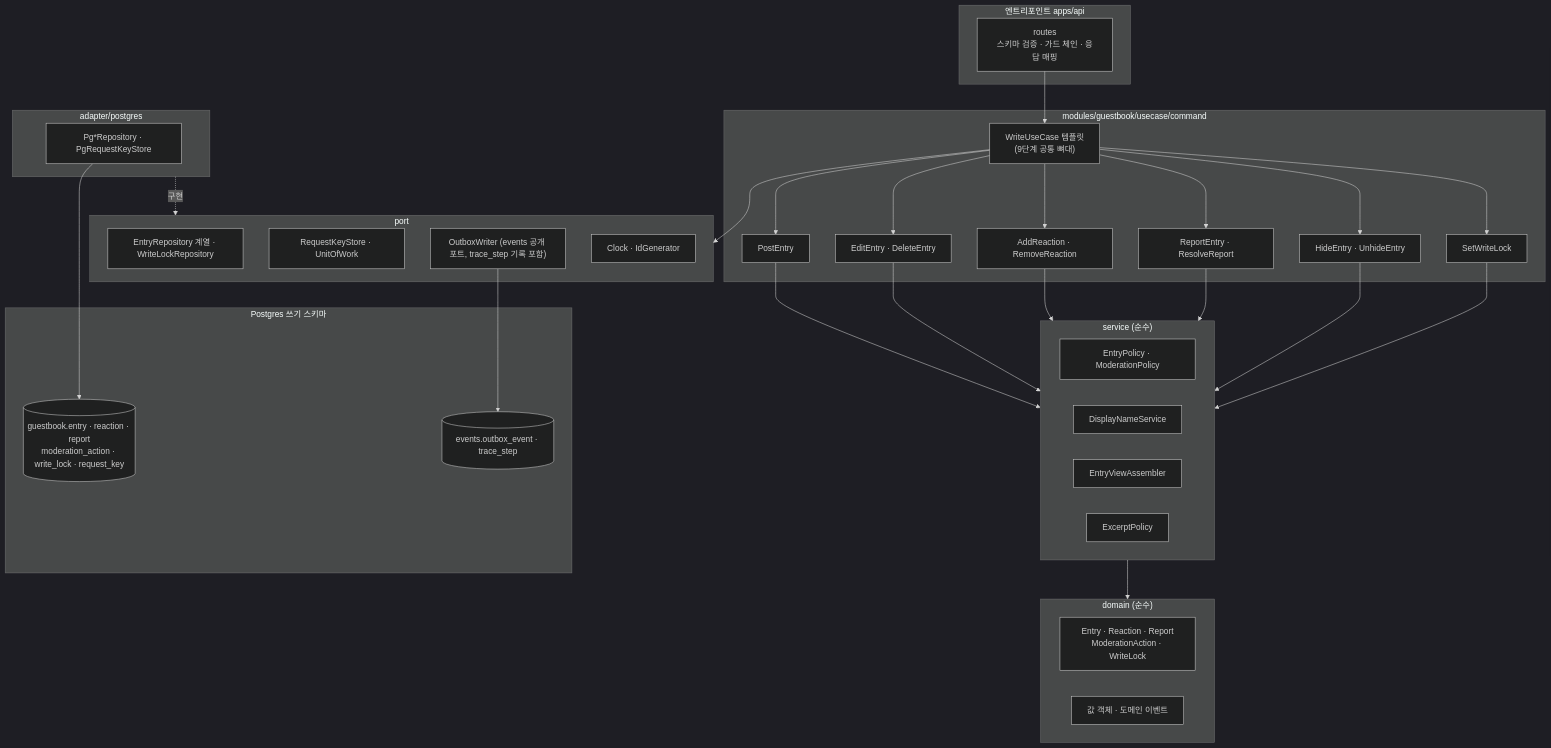
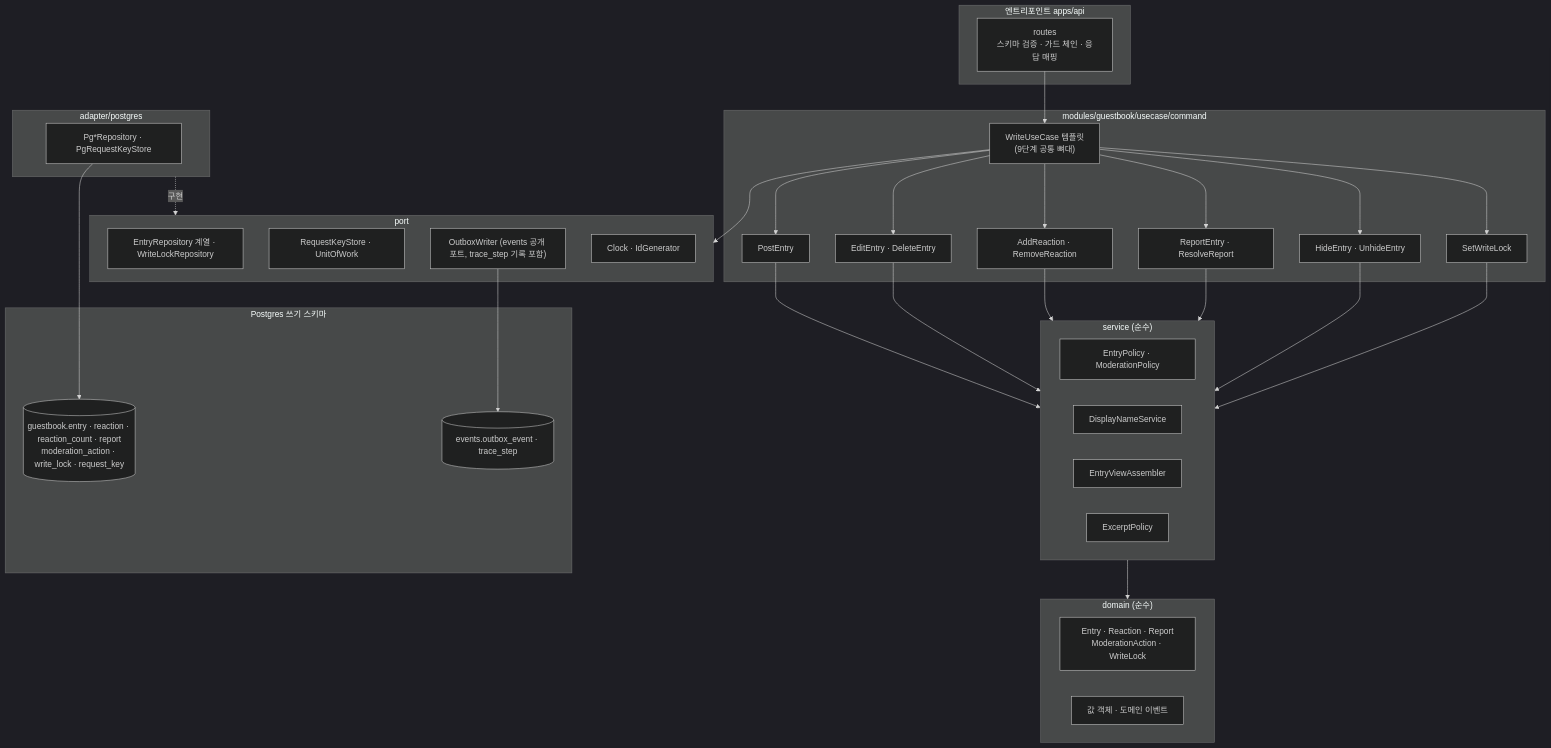
The first of 43 diagrams in docs/design/features/11-guestbook-write.md (1985jwlee/portpolio_backend), drawn with Mermaid (dark theme) before and after one commit. The commit also changed other lines of this file and 23 other files, not shown here.

````diff
--- a/docs/design/features/11-guestbook-write.md
+++ b/docs/design/features/11-guestbook-write.md
@@ -14,46 +14,46 @@
 ```mermaid
 flowchart TB
     subgraph entry["엔트리포인트 apps/api"]
         RT["routes<br/>스키마 검증 · 가드 체인 · 응답 매핑"]
     end
     subgraph uc["modules/guestbook/usecase/command"]
         BASE["WriteUseCase 템플릿<br/>(9단계 공통 뼈대)"]
         C1["PostEntry"]
         C2["EditEntry · DeleteEntry"]
         C3["AddReaction · RemoveReaction"]
         C4["ReportEntry · ResolveReport"]
         C5["HideEntry · UnhideEntry"]
         C6["SetWriteLock"]
     end
     subgraph svc["service (순수)"]
         S1["EntryPolicy · ModerationPolicy"]
         S2["DisplayNameService"]
         S3["EntryViewAssembler"]
         S4["ExcerptPolicy"]
     end
     subgraph dom["domain (순수)"]
         D1["Entry · Reaction · Report<br/>ModerationAction · WriteLock"]
         D2["값 객체 · 도메인 이벤트"]
     end
     subgraph port["port"]
         P1["EntryRepository 계열 · WriteLockRepository"]
         P2["RequestKeyStore · UnitOfWork"]
         P3["OutboxWriter (events 공개 포트, trace_step 기록 포함)"]
         P4["Clock · IdGenerator"]
     end
     subgraph adp["adapter/postgres"]
         A1["Pg*Repository · PgRequestKeyStore"]
     end
     subgraph store["Postgres 쓰기 스키마"]
-        T1[("guestbook.entry · reaction · report<br/>moderation_action · write_lock · request_key")]
+        T1[("guestbook.entry · reaction · reaction_count · report<br/>moderation_action · write_lock · request_key")]
         T2[("events.outbox_event · trace_step")]
     end
     RT --> BASE
     BASE --> C1 & C2 & C3 & C4 & C5 & C6
     C1 & C2 & C3 & C4 & C5 & C6 --> svc
     svc --> dom
     BASE --> port
     adp -. "구현" .-> port
     A1 --> T1
     P3 --> T2
 ```
````
